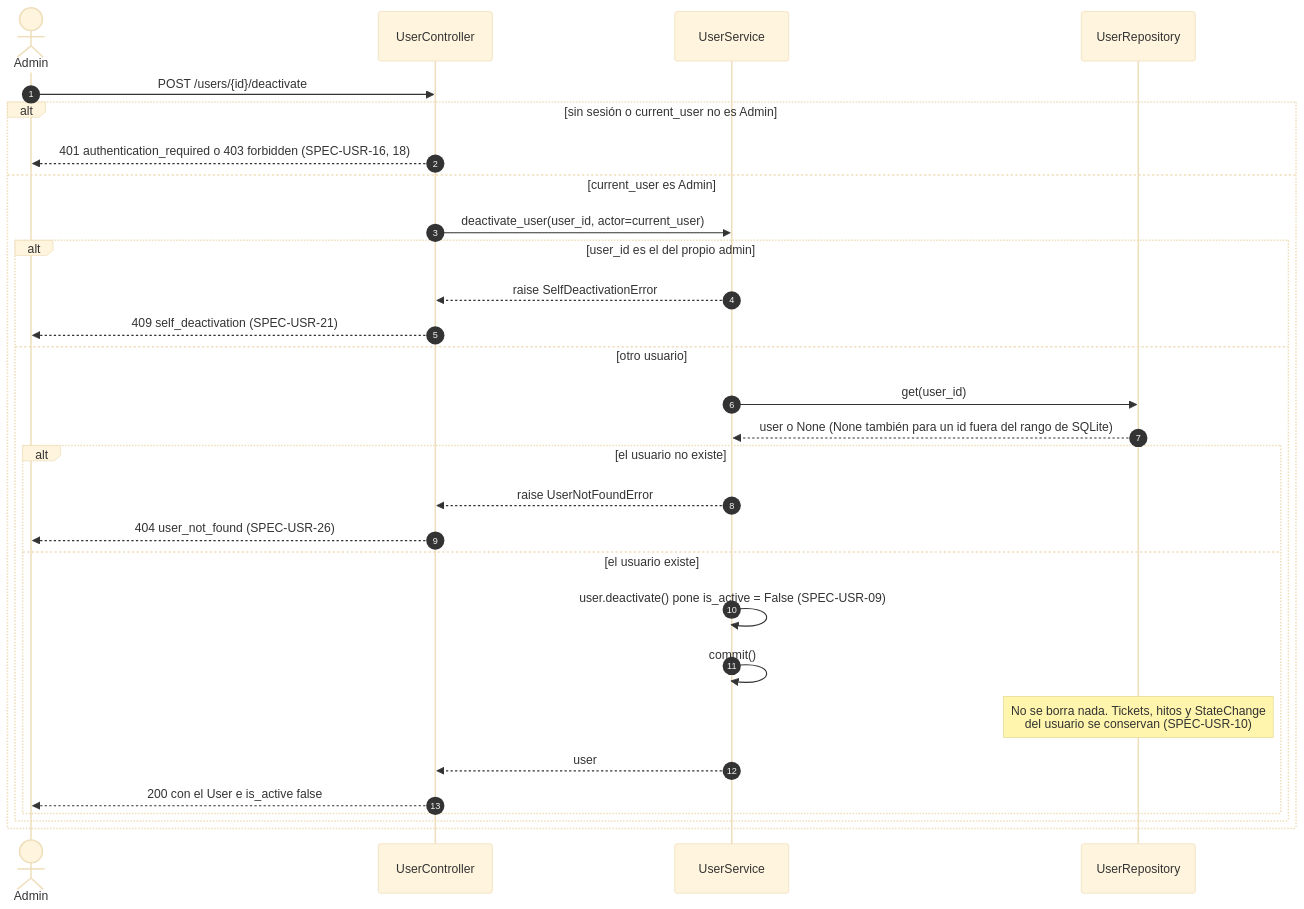
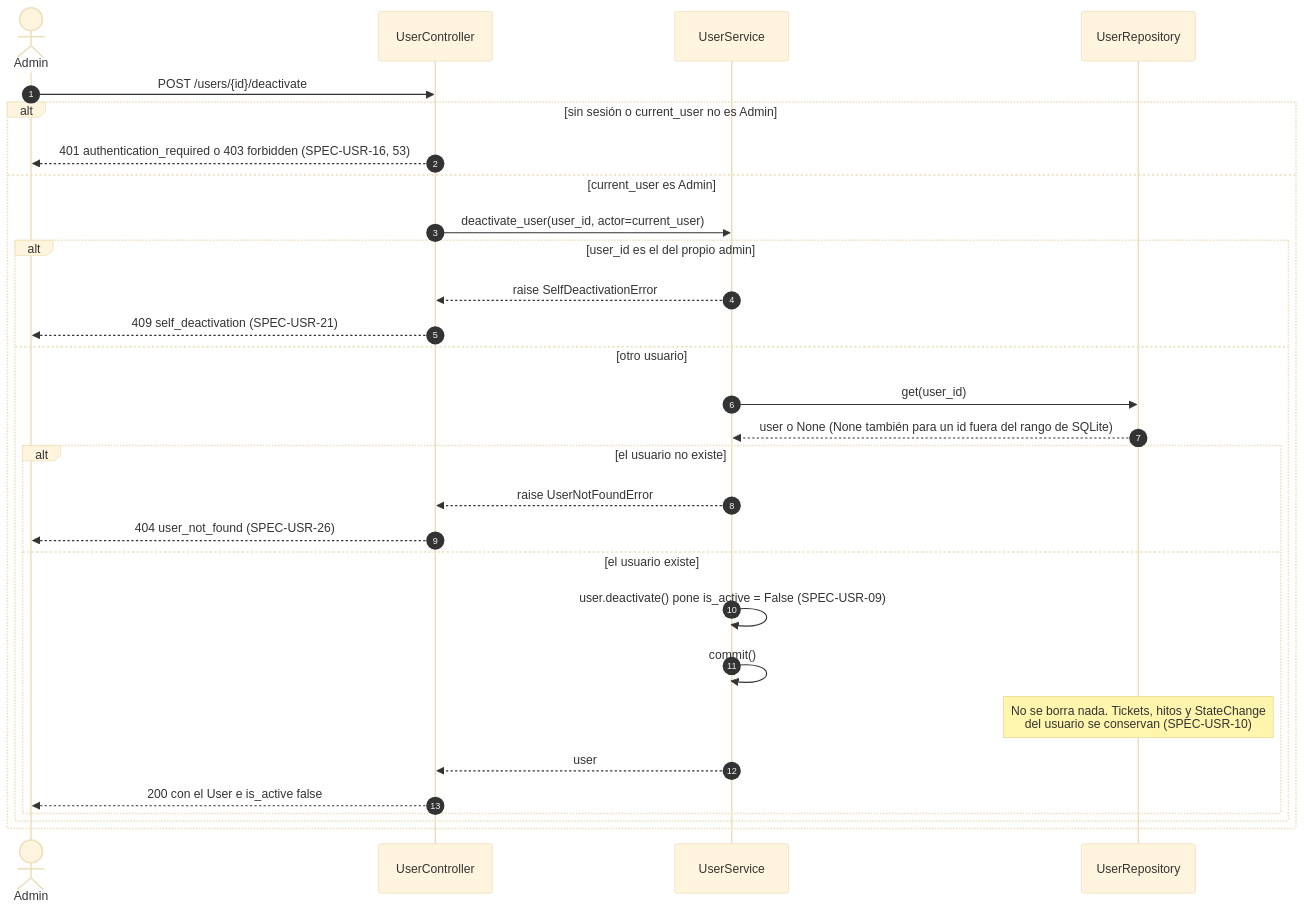
The third of 9 diagrams in diagrams/sequences/01-users.md (Diazfe-dev/AyED-III-python-ticket-service), drawn with Mermaid (base theme) before and after one commit. The commit also changed other lines of this file and 2 other files, not shown here.

Commit message:
docs(diagrams): user creation by representatives (T-USR-61)

````diff
--- a/diagrams/sequences/01-users.md
+++ b/diagrams/sequences/01-users.md
@@ -110,32 +116,32 @@
 ```mermaid
 sequenceDiagram
     autonumber
     actor Admin
     participant UC as UserController
     participant US as UserService
     participant UR as UserRepository
 
     Admin->>UC: POST /users/{id}/deactivate
     alt sin sesión o current_user no es Admin
-        UC-->>Admin: 401 authentication_required o 403 forbidden (SPEC-USR-16, 18)
+        UC-->>Admin: 401 authentication_required o 403 forbidden (SPEC-USR-16, 53)
     else current_user es Admin
         UC->>US: deactivate_user(user_id, actor=current_user)
         alt user_id es el del propio admin
             US-->>UC: raise SelfDeactivationError
             UC-->>Admin: 409 self_deactivation (SPEC-USR-21)
         else otro usuario
             US->>UR: get(user_id)
             UR-->>US: user o None (None también para un id fuera del rango de SQLite)
             alt el usuario no existe
                 US-->>UC: raise UserNotFoundError
                 UC-->>Admin: 404 user_not_found (SPEC-USR-26)
             else el usuario existe
                 US->>US: user.deactivate() pone is_active = False (SPEC-USR-09)
                 US->>US: commit()
                 Note over UR: No se borra nada. Tickets, hitos y StateChange<br/>del usuario se conservan (SPEC-USR-10)
                 US-->>UC: user
                 UC-->>Admin: 200 con el User e is_active false
             end
         end
     end
 ```
````
